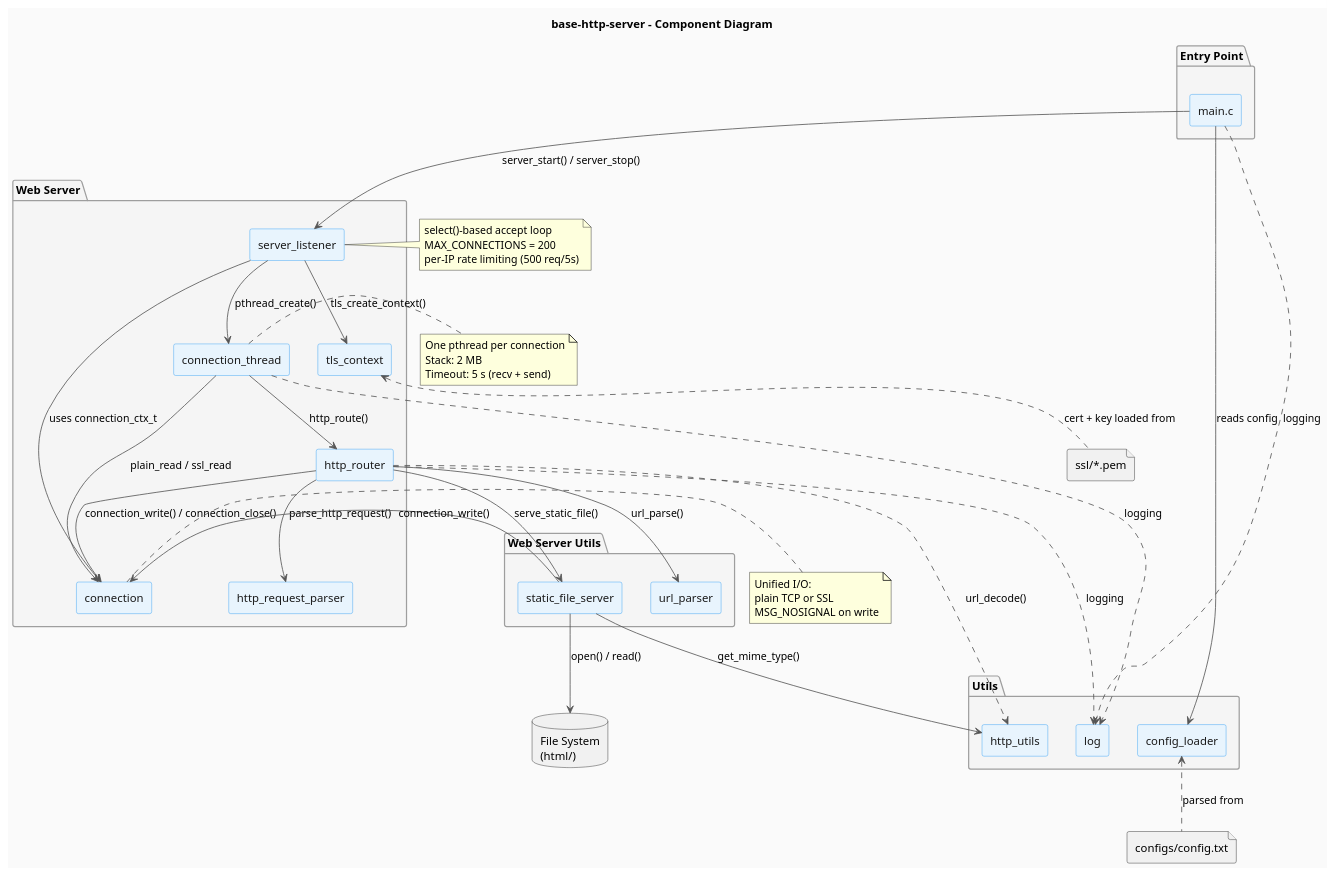
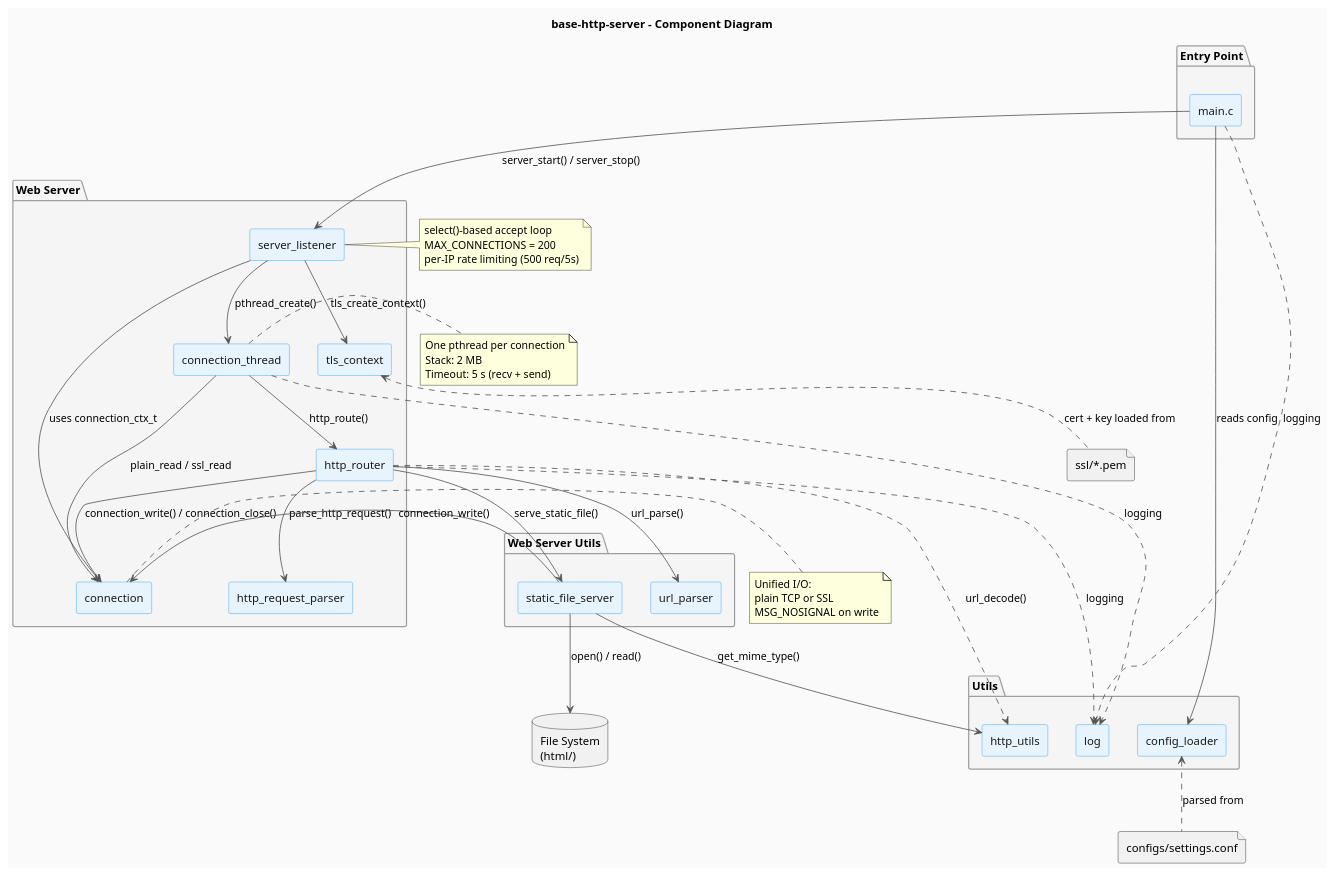
Before and after one commit to jpablotoledom/boat-rudder: the diagram in develop_docs/diagrams/components.puml, drawn with PlantUML. The commit also changed 6 other files, not shown here.

```diff
--- a/develop_docs/diagrams/components.puml
+++ b/develop_docs/diagrams/components.puml
@@ -1,98 +1,98 @@
 @startuml components
 
 title base-http-server - Component Diagram
 
 skinparam componentStyle rectangle
 skinparam backgroundColor #FAFAFA
 skinparam component {
     BackgroundColor #E8F4FD
     BorderColor #2196F3
     FontColor #1A1A1A
 }
 skinparam package {
     BackgroundColor #F5F5F5
     BorderColor #9E9E9E
 }
 skinparam arrow {
     Color #555555
 }
 
 package "Entry Point" {
     [main.c] as MAIN
 }
 
 package "Web Server" {
     [server_listener] as SS
     [connection_thread] as CT
     [connection] as CONN
     [tls_context] as TLS
     [http_router] as RH
     [http_request_parser] as PARSER
 }
 
 package "Web Server Utils" {
     [static_file_server] as SH
     [url_parser] as SPLIT
 }
 
 package "Utils" {
     [config_loader] as CONFIG
     [log] as LOG
     [http_utils] as SU
 }
 
 database "File System\n(html/)" as FS
-file "configs/config.txt" as CFGFILE
+file "configs/settings.conf" as CFGFILE
 file "ssl/*.pem" as SSLFILES
 
 ' Entry point relations
 MAIN --> CONFIG : reads config
 MAIN --> SS : server_start() / server_stop()
 MAIN ..> LOG : logging
 
 ' Server startup
 SS --> CONN : uses connection_ctx_t
 SS --> TLS : tls_create_context()
 SS --> CT : pthread_create()
 
 ' Connection thread
 CT --> CONN : plain_read / ssl_read
 CT --> RH : http_route()
 CT ..> LOG : logging
 
 ' Request handling
 RH --> PARSER : parse_http_request()
 RH --> SPLIT : url_parse()
 RH --> SH : serve_static_file()
 RH --> CONN : connection_write() / connection_close()
 RH ..> SU : url_decode()
 RH ..> LOG : logging
 
 ' Static handler
 SH --> CONN : connection_write()
 SH --> SU : get_mime_type()
 SH --> FS : open() / read()
 
 ' External config & ssl
 CONFIG <.. CFGFILE : parsed from
 TLS <.. SSLFILES : cert + key loaded from
 
 note right of SS
   select()-based accept loop
   MAX_CONNECTIONS = 200
   per-IP rate limiting (500 req/5s)
 end note
 
 note right of CT
   One pthread per connection
   Stack: 2 MB
   Timeout: 5 s (recv + send)
 end note
 
 note right of CONN
   Unified I/O:
   plain TCP or SSL
   MSG_NOSIGNAL on write
 end note
 
 @enduml
```
